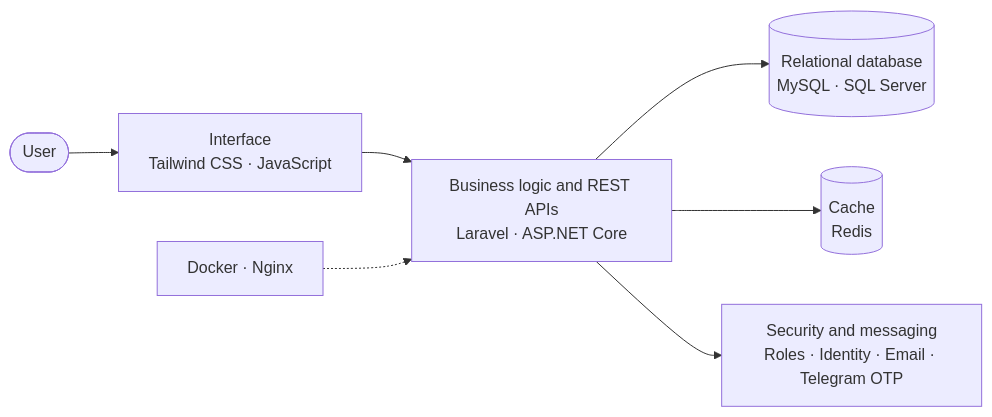
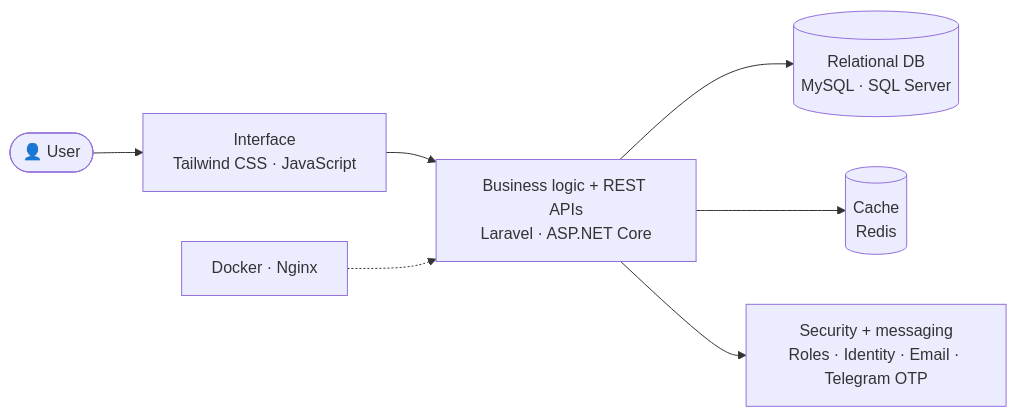
The diagram in README.md (Rattnakvisal/Rattnakvisal), drawn with Mermaid before and after one commit. The commit also changed other lines of this file, not shown here.

````diff
--- a/README.md
+++ b/README.md
@@ -200,9 +205,9 @@
 ```mermaid
 flowchart LR
-    U(["User"]) --> UI["Interface<br/>Tailwind CSS · JavaScript"]
-    UI --> APP["Business logic and REST APIs<br/>Laravel · ASP.NET Core"]
-    APP --> DB[("Relational database<br/>MySQL · SQL Server")]
+    U(["👤 User"]) --> UI["Interface<br/>Tailwind CSS · JavaScript"]
+    UI --> APP["Business logic + REST APIs<br/>Laravel · ASP.NET Core"]
+    APP --> DB[("Relational DB<br/>MySQL · SQL Server")]
     APP --> CACHE[("Cache<br/>Redis")]
-    APP --> SEC["Security and messaging<br/>Roles · Identity · Email · Telegram OTP"]
+    APP --> SEC["Security + messaging<br/>Roles · Identity · Email · Telegram OTP"]
     DOCKER["Docker · Nginx"] -.-> APP
 ```
````
